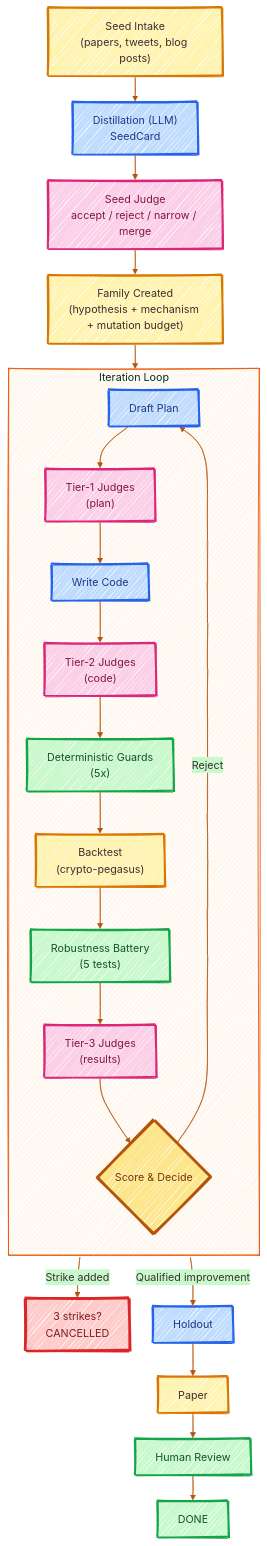
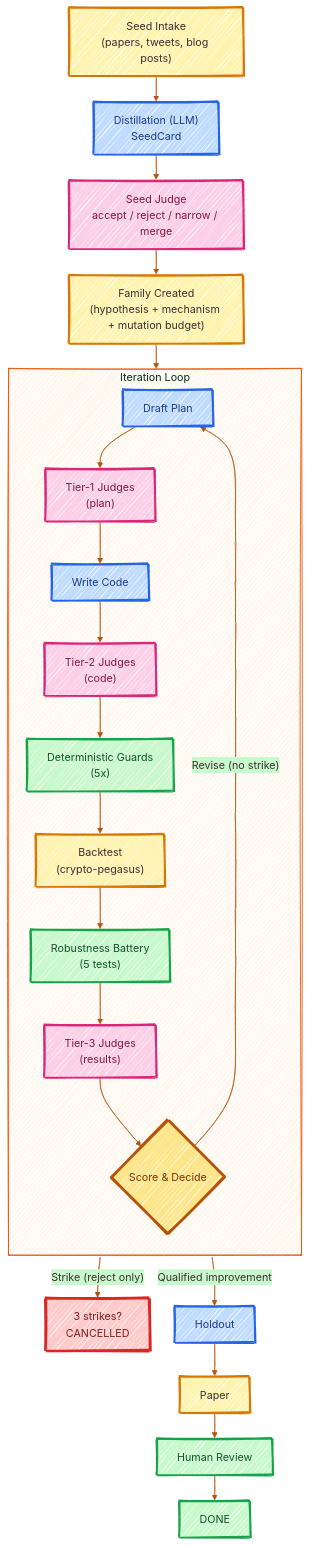
The first of 4 diagrams in README.md (hb4ch/alpha-forge), drawn with Mermaid before and after one commit. The commit also changed other lines of this file and 9 other files, not shown here.

````diff
--- a/README.md
+++ b/README.md
@@ -37,50 +37,50 @@
 ```mermaid
 %%{init: {
   "theme": "base",
   "look": "handDrawn",
   "flowchart": { "curve": "basis", "nodeSpacing": 32, "rankSpacing": 36 },
   "themeVariables": {
     "primaryColor": "#FFF3B0",
     "primaryTextColor": "#3D2F2F",
     "primaryBorderColor": "#D97706",
     "lineColor": "#B45309",
     "secondaryColor": "#C7F9CC",
     "tertiaryColor": "#FBCFE8",
     "clusterBkg": "#FFF7ED",
     "clusterBorder": "#EA580C",
     "fontFamily": "Trebuchet MS, Comic Sans MS, Marker Felt, sans-serif",
     "fontSize": "16px"
   }
 }}%%
 flowchart TD
     A["Seed Intake<br/>(papers, tweets, blog posts)"]:::warm --> B["Distillation (LLM)<br/>SeedCard"]:::sky
     B --> C["Seed Judge<br/>accept / reject / narrow / merge"]:::pink
     C --> D["Family Created<br/>(hypothesis + mechanism + mutation budget)"]:::warm
 
     subgraph LOOP["Iteration Loop"]
         direction TD
         E["Draft Plan"]:::sky --> F["Tier-1 Judges<br/>(plan)"]:::pink
         F --> G["Write Code"]:::sky
         G --> H["Tier-2 Judges<br/>(code)"]:::pink
         H --> I["Deterministic Guards<br/>(5x)"]:::mint
         I --> J["Backtest<br/>(crypto-pegasus)"]:::warm
         J --> K["Robustness Battery<br/>(5 tests)"]:::mint
         K --> L["Tier-3 Judges<br/>(results)"]:::pink
         L --> M{"Score & Decide"}:::decision
     end
 
     D --> E
-    M -->|"Strike added"| N["3 strikes?<br/>CANCELLED"]:::danger
+    M -->|"Strike (reject only)"| N["3 strikes?<br/>CANCELLED"]:::danger
     M -->|"Qualified improvement"| O["Holdout"]:::sky
-    M -->|"Reject"| E
+    M -->|"Revise (no strike)"| E
     O --> P["Paper"]:::warm
     P --> Q["Human Review"]:::mint
     Q --> R["DONE"]:::mint
 
     classDef warm fill:#FFF3B0,stroke:#D97706,color:#3D2F2F,stroke-width:3px;
     classDef sky fill:#BFDBFE,stroke:#2563EB,color:#1E3A8A,stroke-width:3px;
     classDef pink fill:#FBCFE8,stroke:#DB2777,color:#831843,stroke-width:3px;
     classDef mint fill:#C7F9CC,stroke:#16A34A,color:#14532D,stroke-width:3px;
     classDef decision fill:#FDE68A,stroke:#B45309,color:#78350F,stroke-width:4px;
     classDef danger fill:#FECACA,stroke:#DC2626,color:#7F1D1D,stroke-width:4px;
 ```
````
